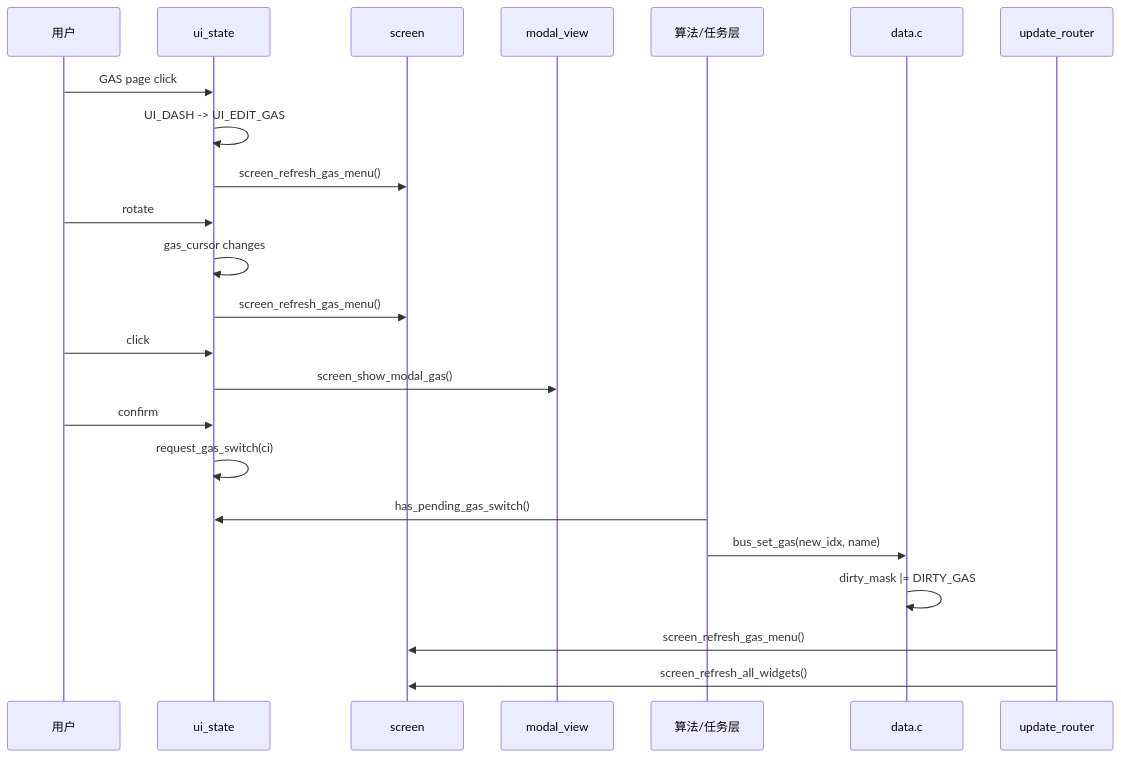
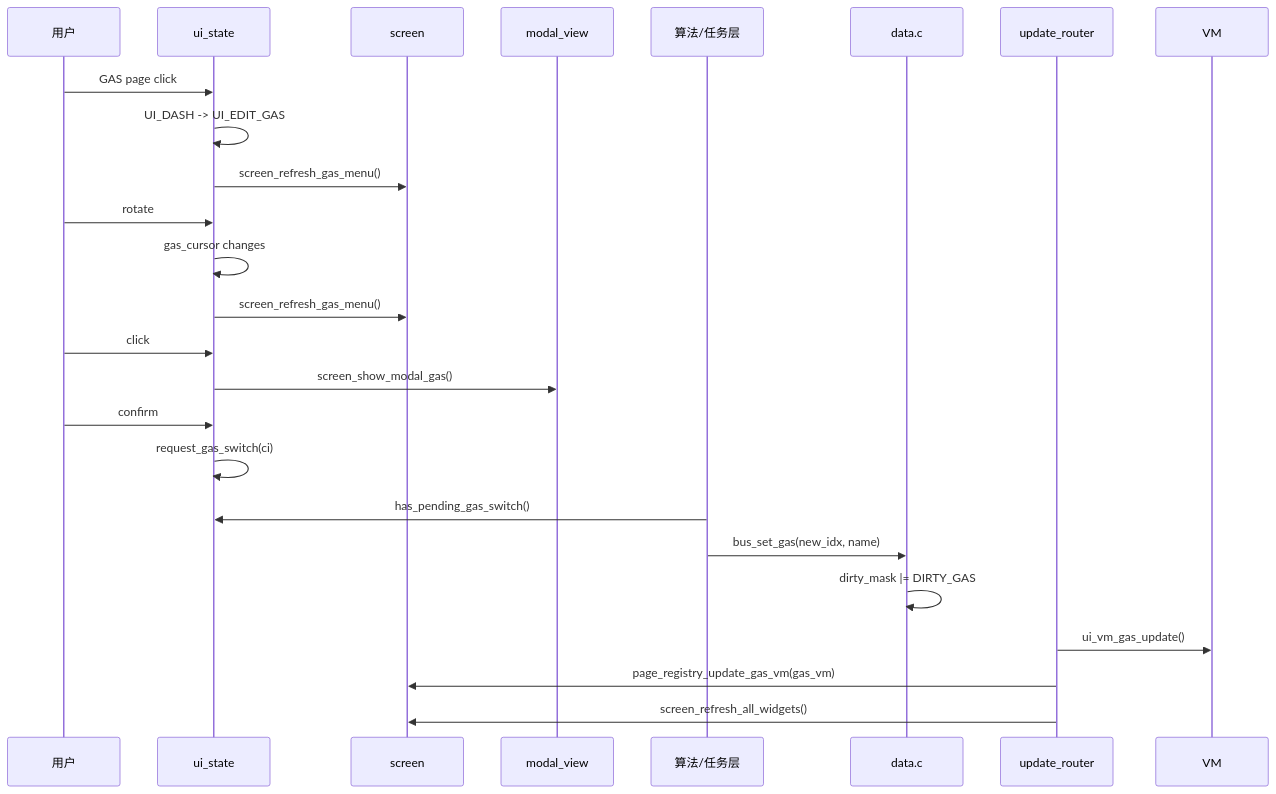
Before and after one commit to arexvision/lv_port_win_codeblocks-release-v8.3_hasGroup: diagram 16 of 19 in UI_html_DOC/CURRENT_ARCHITECTURE_DEEP_DIVE.md, drawn with Mermaid. The commit also changed other lines of this file and 12 other files, not shown here.

````diff
--- a/UI_html_DOC/CURRENT_ARCHITECTURE_DEEP_DIVE.md
+++ b/UI_html_DOC/CURRENT_ARCHITECTURE_DEEP_DIVE.md
@@ -500,26 +511,27 @@
 ```mermaid
 sequenceDiagram
     participant User as 用户
     participant State as ui_state
     participant Screen as screen
     participant Modal as modal_view
     participant Algo as 算法/任务层
     participant Bus as data.c
     participant Router as update_router
 
     User->>State: GAS page click
     State->>State: UI_DASH -> UI_EDIT_GAS
     State->>Screen: screen_refresh_gas_menu()
     User->>State: rotate
     State->>State: gas_cursor changes
     State->>Screen: screen_refresh_gas_menu()
     User->>State: click
     State->>Modal: screen_show_modal_gas()
     User->>State: confirm
     State->>State: request_gas_switch(ci)
     Algo->>State: has_pending_gas_switch()
     Algo->>Bus: bus_set_gas(new_idx, name)
     Bus->>Bus: dirty_mask |= DIRTY_GAS
-    Router->>Screen: screen_refresh_gas_menu()
+    Router->>VM: ui_vm_gas_update()
+    Router->>Screen: page_registry_update_gas_vm(gas_vm)
     Router->>Screen: screen_refresh_all_widgets()
 ```
````
